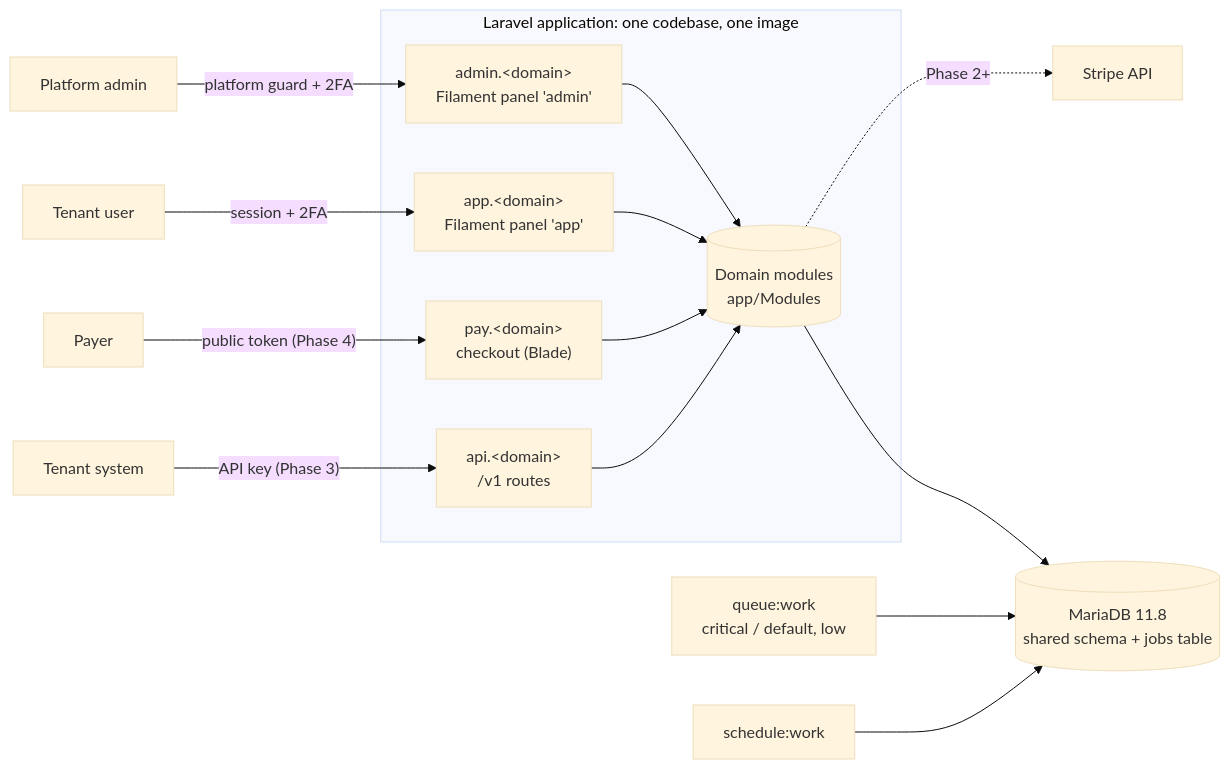
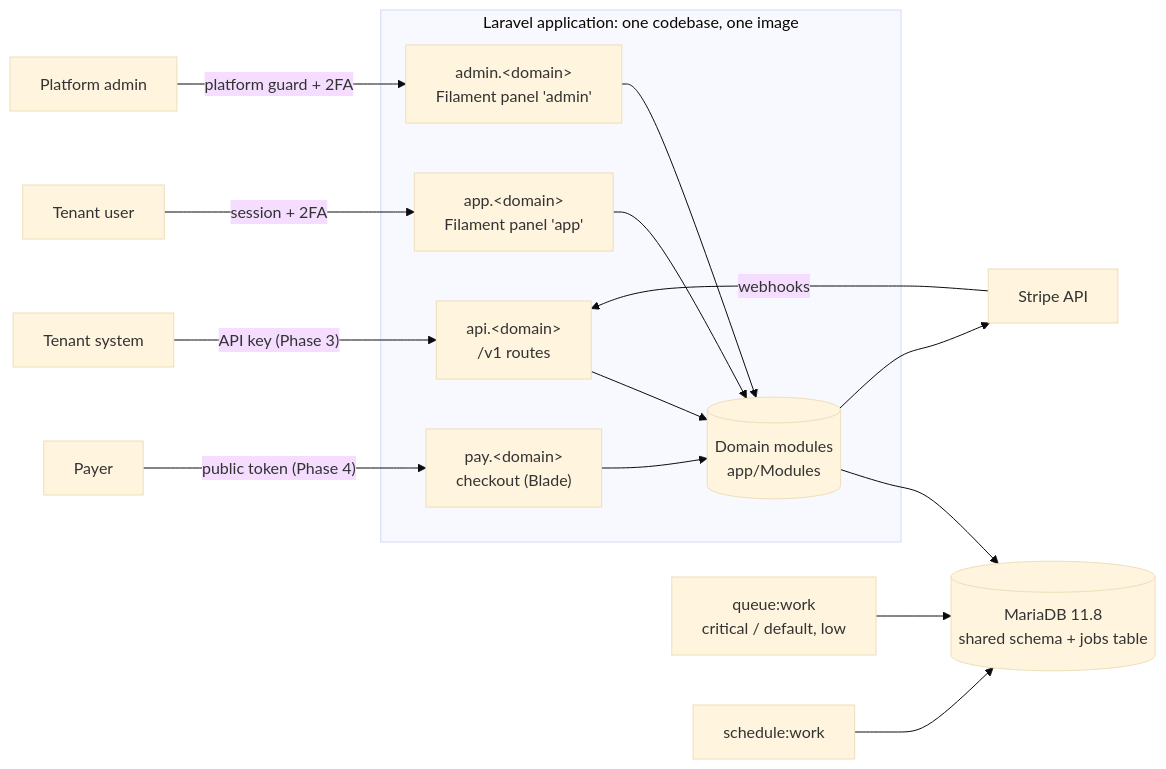
Before and after one commit to OJoshuaCG/axispay: the diagram in docs/architecture.md, drawn with Mermaid (base theme). The commit also changed other lines of this file and 14 other files, not shown here.

````diff
--- a/docs/architecture.md
+++ b/docs/architecture.md
@@ -12,21 +12,22 @@
 ```mermaid
 flowchart LR
     integrator[Tenant system] -- "API key (Phase 3)" --> api
     payer[Payer] -- "public token (Phase 4)" --> pay
     user[Tenant user] -- "session + 2FA" --> app
     staff[Platform admin] -- "platform guard + 2FA" --> admin
 
     subgraph laravel[Laravel application: one codebase, one image]
         api["api.&lt;domain&gt;<br/>/v1 routes"]
         pay["pay.&lt;domain&gt;<br/>checkout (Blade)"]
         app["app.&lt;domain&gt;<br/>Filament panel 'app'"]
         admin["admin.&lt;domain&gt;<br/>Filament panel 'admin'"]
         modules[(Domain modules<br/>app/Modules)]
         api & pay & app & admin --> modules
     end
 
     modules --> db[(MariaDB 11.8<br/>shared schema + jobs table)]
     workers[queue:work<br/>critical / default, low] --> db
     scheduler[schedule:work] --> db
-    modules -. "Phase 2+" .-> stripe[Stripe API]
+    modules --> stripe[Stripe API]
+    stripe -- "webhooks" --> api
 ```
````
